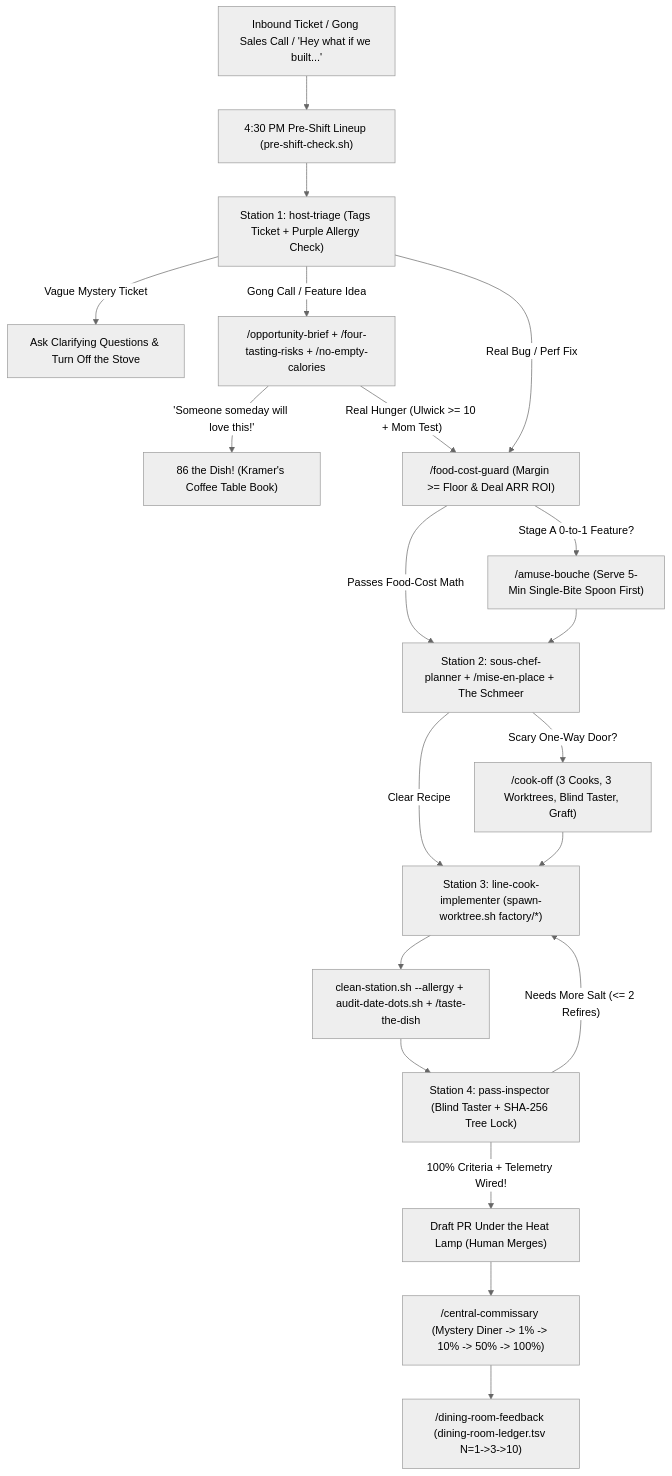
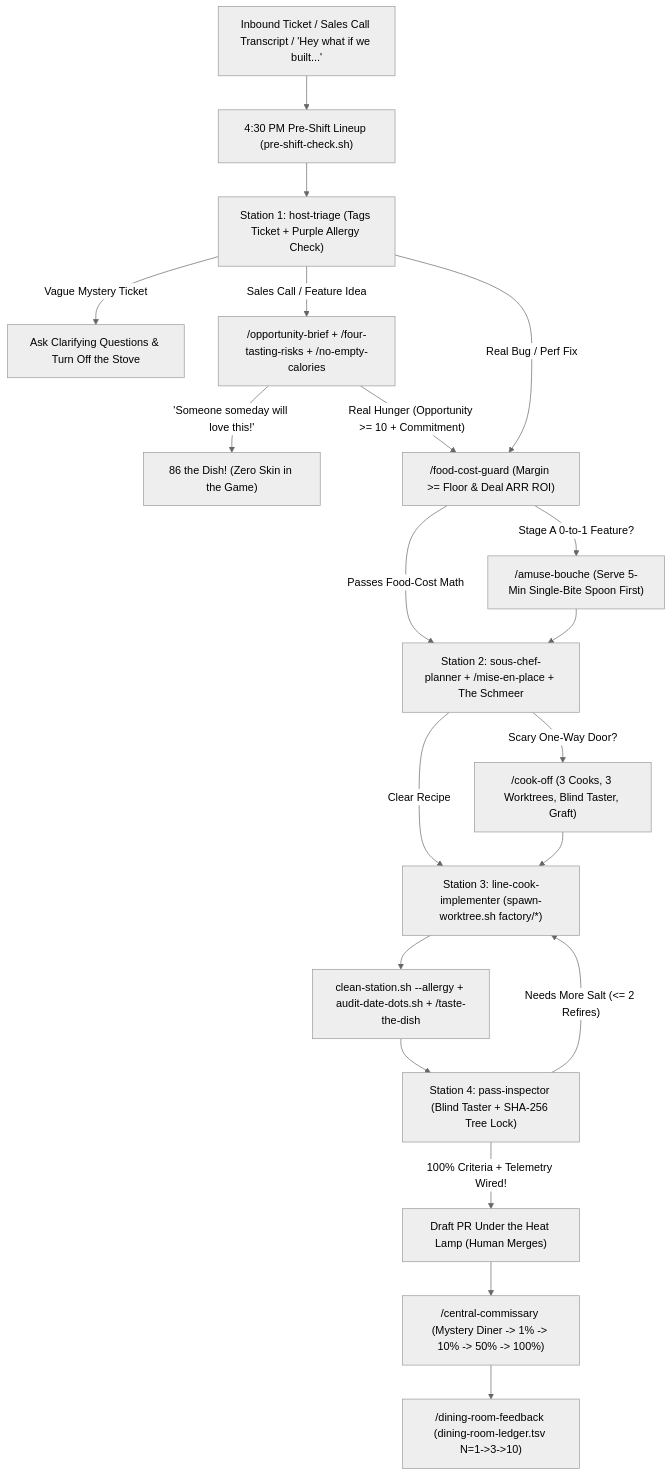
The diagram in README.md (agronomist/principled-product-factory), drawn with Mermaid (neutral theme) before and after one commit. The commit also changed other lines of this file and 41 other files, not shown here.

````diff
--- a/README.md
+++ b/README.md
@@ -59,22 +59,22 @@
 ```mermaid
 flowchart TD
-    Intake["Inbound Ticket / Gong Sales Call / 'Hey what if we built...'"] --> Lineup["4:30 PM Pre-Shift Lineup (pre-shift-check.sh)"]
+    Intake["Inbound Ticket / Sales Call Transcript / 'Hey what if we built...'"] --> Lineup["4:30 PM Pre-Shift Lineup (pre-shift-check.sh)"]
     Lineup --> Host["Station 1: host-triage (Tags Ticket + Purple Allergy Check)"]
     Host -- "Vague Mystery Ticket" --> Ask["Ask Clarifying Questions & Turn Off the Stove"]
-    Host -- "Gong Call / Feature Idea" --> ValueGate["/opportunity-brief + /four-tasting-risks + /no-empty-calories"]
-    ValueGate -- "'Someone someday will love this!'" --> EightySix["86 the Dish! (Kramer's Coffee Table Book)"]
-    ValueGate -- "Real Hunger (Ulwick >= 10 + Mom Test)" --> CostGate["/food-cost-guard (Margin >= Floor & Deal ARR ROI)"]
+    Host -- "Sales Call / Feature Idea" --> ValueGate["/opportunity-brief + /four-tasting-risks + /no-empty-calories"]
+    ValueGate -- "'Someone someday will love this!'" --> EightySix["86 the Dish! (Zero Skin in the Game)"]
+    ValueGate -- "Real Hunger (Opportunity >= 10 + Commitment)" --> CostGate["/food-cost-guard (Margin >= Floor & Deal ARR ROI)"]
     Host -- "Real Bug / Perf Fix" --> CostGate
     CostGate -- "Stage A 0-to-1 Feature?" --> Amuse["/amuse-bouche (Serve 5-Min Single-Bite Spoon First)"]
     CostGate -- "Passes Food-Cost Math" --> Sous["Station 2: sous-chef-planner + /mise-en-place + The Schmeer"]
     Amuse --> Sous
     Sous -- "Scary One-Way Door?" --> CookOff["/cook-off (3 Cooks, 3 Worktrees, Blind Taster, Graft)"]
     Sous -- "Clear Recipe" --> LineCook["Station 3: line-cook-implementer (spawn-worktree.sh factory/*)"]
     CookOff --> LineCook
     LineCook --> Sanitize["clean-station.sh --allergy + audit-date-dots.sh + /taste-the-dish"]
     Sanitize --> Pass["Station 4: pass-inspector (Blind Taster + SHA-256 Tree Lock)"]
     Pass -- "Needs More Salt (<= 2 Refires)" --> LineCook
     Pass -- "100% Criteria + Telemetry Wired!" --> DraftPR["Draft PR Under the Heat Lamp (Human Merges)"]
     DraftPR --> FirstTables["/central-commissary (Mystery Diner -> 1% -> 10% -> 50% -> 100%)"]
     FirstTables --> Flywheel["/dining-room-feedback (dining-room-ledger.tsv N=1->3->10)"]
 ```
````
